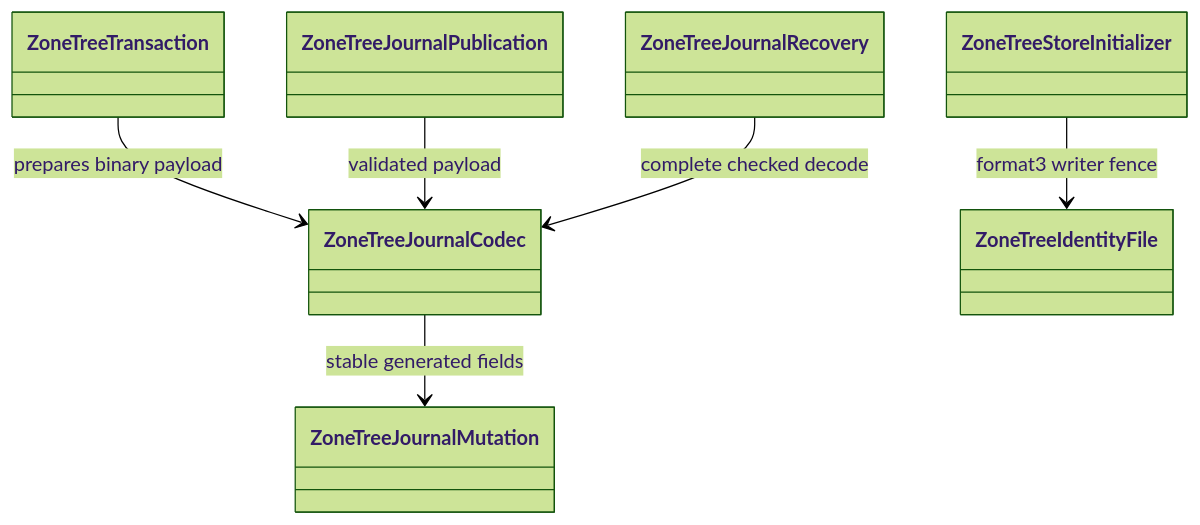
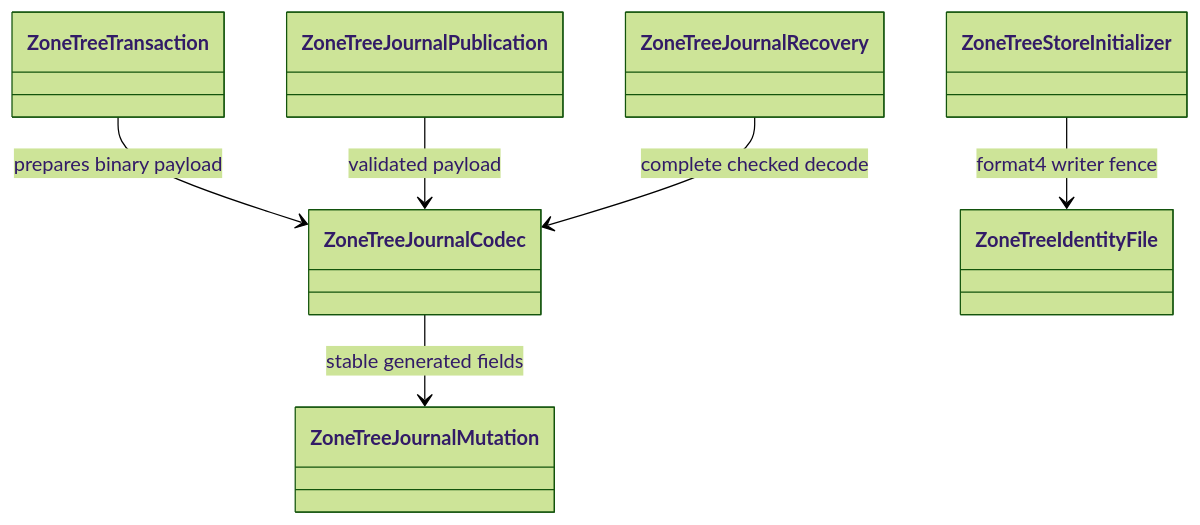
Before and after one commit to managedcode/KeyLoad: diagram 18 of 18 in docs/Architecture.md, drawn with Mermaid (forest theme). The commit also changed other lines of this file and 23 other files, not shown here.

````diff
--- a/docs/Architecture.md
+++ b/docs/Architecture.md
@@ -412,8 +412,8 @@
 ```mermaid
 classDiagram
     ZoneTreeTransaction --> ZoneTreeJournalCodec : prepares binary payload
     ZoneTreeJournalPublication --> ZoneTreeJournalCodec : validated payload
     ZoneTreeJournalRecovery --> ZoneTreeJournalCodec : complete checked decode
     ZoneTreeJournalCodec --> ZoneTreeJournalMutation : stable generated fields
-    ZoneTreeStoreInitializer --> ZoneTreeIdentityFile : format3 writer fence
+    ZoneTreeStoreInitializer --> ZoneTreeIdentityFile : format4 writer fence
 ```
````
